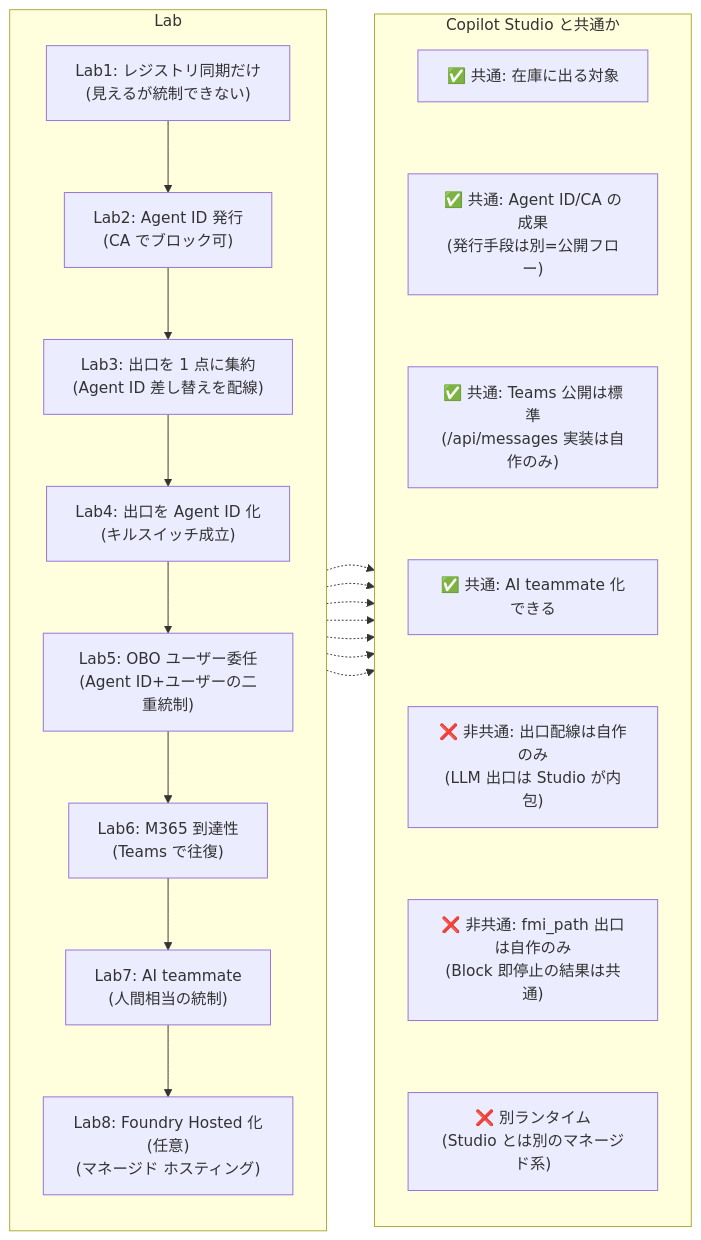
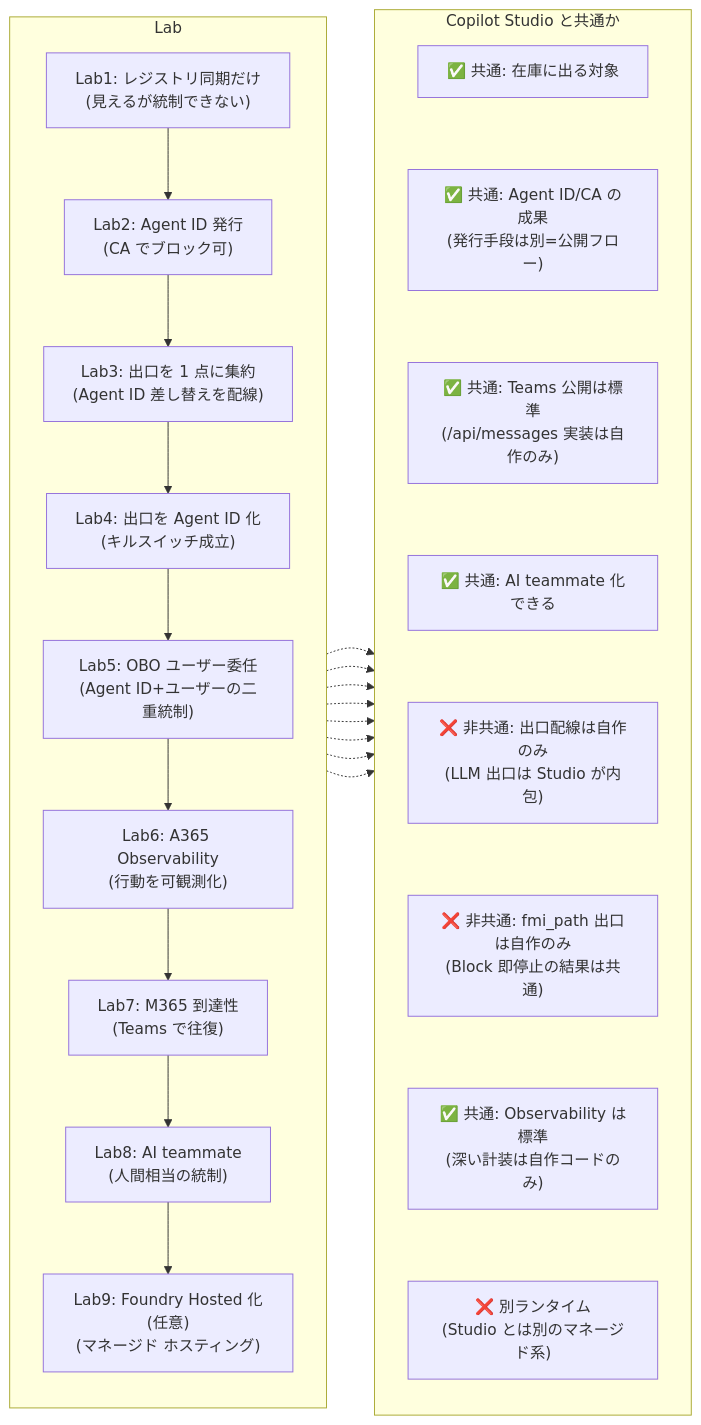
One commit to ketana0224/Agent365-Onboarding changed the diagram in Handson/README.md. Above: the diagram before and after it, drawn with Mermaid. The commit also changed other lines of this file and 43 other files, not shown here.

````diff
--- a/Handson/README.md
+++ b/Handson/README.md
@@ -45,33 +45,36 @@
 ```mermaid
 flowchart LR
     subgraph S1["Lab"]
         direction TB
         Lab1["Lab1: レジストリ同期だけ<br/>(見えるが統制できない)"]
         Lab2["Lab2: Agent ID 発行<br/>(CA でブロック可)"]
         Lab3["Lab3: 出口を 1 点に集約<br/>(Agent ID 差し替えを配線)"]
         Lab4["Lab4: 出口を Agent ID 化<br/>(キルスイッチ成立)"]
         Lab5["Lab5: OBO ユーザー委任<br/>(Agent ID+ユーザーの二重統制)"]
-        Lab6["Lab6: M365 到達性<br/>(Teams で往復)"]
-        Lab7["Lab7: AI teammate<br/>(人間相当の統制)"]
-        Lab8["Lab8: Foundry Hosted 化(任意)<br/>(マネージド ホスティング)"]
-        Lab1 --> Lab2 --> Lab3 --> Lab4 --> Lab5 --> Lab6 --> Lab7 --> Lab8
+        Lab6["Lab6: A365 Observability<br/>(行動を可観測化)"]
+        Lab7["Lab7: M365 到達性<br/>(Teams で往復)"]
+        Lab8["Lab8: AI teammate<br/>(人間相当の統制)"]
+        Lab9["Lab9: Foundry Hosted 化(任意)<br/>(マネージド ホスティング)"]
+        Lab1 --> Lab2 --> Lab3 --> Lab4 --> Lab5 --> Lab6 --> Lab7 --> Lab8 --> Lab9
     end
     subgraph S2["Copilot Studio と共通か"]
         direction TB
         C1["✅ 共通: 在庫に出る対象"]
         C2["✅ 共通: Agent ID/CA の成果<br/>(発行手段は別=公開フロー)"]
         C3["✅ 共通: Teams 公開は標準<br/>(/api/messages 実装は自作のみ)"]
         C4["✅ 共通: AI teammate 化できる"]
         C5["❌ 非共通: 出口配線は自作のみ<br/>(LLM 出口は Studio が内包)"]
         C6["❌ 非共通: fmi_path 出口は自作のみ<br/>(Block 即停止の結果は共通)"]
+        C8["✅ 共通: Observability は標準<br/>(深い計装は自作コードのみ)"]
         C7["❌ 別ランタイム<br/>(Studio とは別のマネージド系)"]
-        C1 ~~~ C2 ~~~ C3 ~~~ C4 ~~~ C5 ~~~ C6 ~~~ C7
+        C1 ~~~ C2 ~~~ C3 ~~~ C4 ~~~ C5 ~~~ C6 ~~~ C8 ~~~ C7
     end
     Lab1 -.-> C1
     Lab2 -.-> C2
     Lab3 -.-> C5
     Lab4 -.-> C6
-    Lab6 -.-> C3
-    Lab7 -.-> C4
-    Lab8 -.-> C7
+    Lab6 -.-> C8
+    Lab7 -.-> C3
+    Lab8 -.-> C4
+    Lab9 -.-> C7
 ```
````
